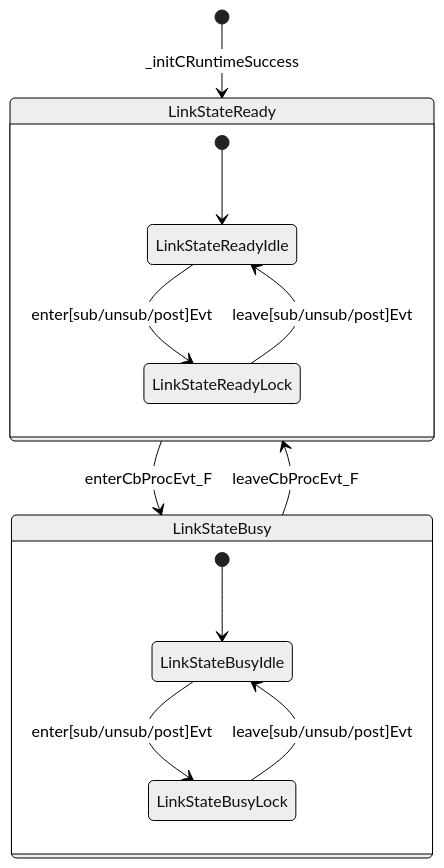
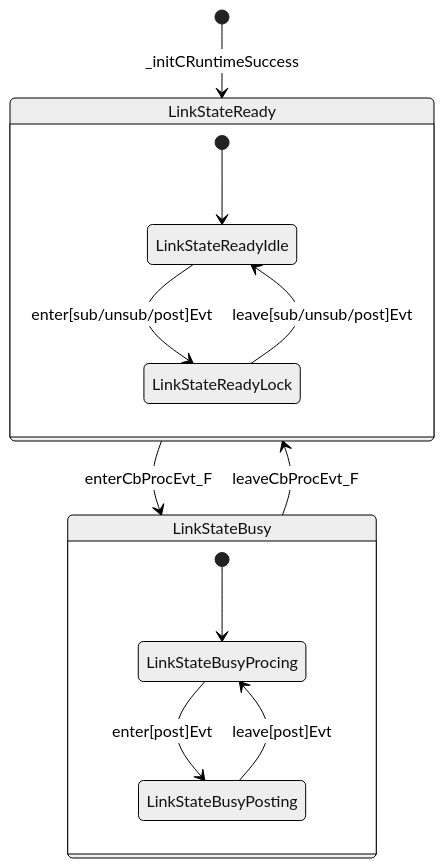
One commit to EnigmaWU/MyIOC_inTDD_withGHC changed the diagram in README.md. Above: the diagram before and after it, drawn with Mermaid (neutral theme). The commit also changed other lines of this file, not shown here.

Commit message:
Refactor LinkStateBusy state in README.md

````diff
--- a/README.md
+++ b/README.md
@@ -78,19 +78,19 @@
 ```mermaid
 stateDiagram-v2
   [*] --> LinkStateReady: _initCRuntimeSuccess
   LinkStateReady --> LinkStateBusy: enterCbProcEvt_F
   LinkStateBusy --> LinkStateReady: leaveCbProcEvt_F
   state LinkStateReady
   {
     [*] --> LinkStateReadyIdle
     LinkStateReadyIdle --> LinkStateReadyLock: enter[sub/unsub/post]Evt
     LinkStateReadyLock --> LinkStateReadyIdle: leave[sub/unsub/post]Evt
   }
   state LinkStateBusy
   {
-    [*] --> LinkStateBusyIdle
-    LinkStateBusyIdle --> LinkStateBusyLock: enter[sub/unsub/post]Evt
-    LinkStateBusyLock --> LinkStateBusyIdle: leave[sub/unsub/post]Evt
+    [*] --> LinkStateBusyProcing
+    LinkStateBusyProcing --> LinkStateBusyPosting: enter[post]Evt
+    LinkStateBusyPosting --> LinkStateBusyProcing: leave[post]Evt
   }
   
 ```
````
